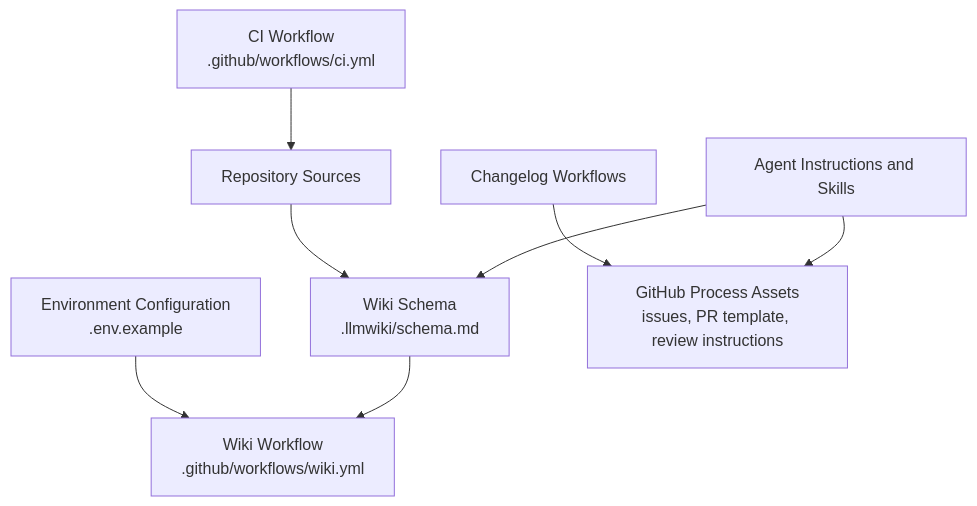
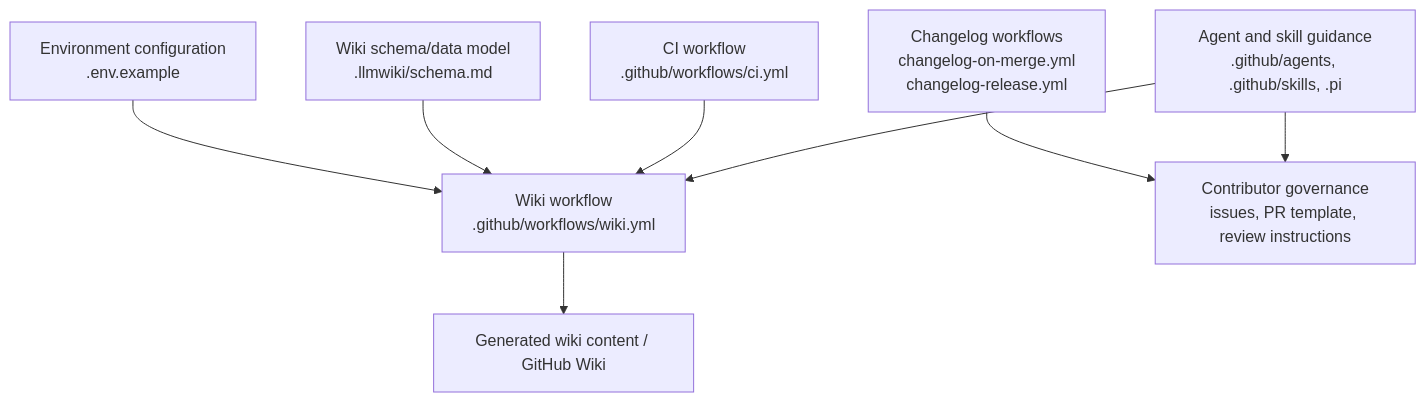
One commit to mfittko/repo-wiki changed the second of 4 diagrams in Architecture.md. Above: the diagram before and after it, drawn with Mermaid. The commit also changed other lines of this file and 46 other files, not shown here.

Commit message:
Compile repository wiki 2026-06-12T23:37:07.677Z

````diff
--- a/Architecture.md
+++ b/Architecture.md
@@ -133,19 +166,19 @@
 ```mermaid
 flowchart TD
-  SourceRepo["Repository Sources"]
-  Env["Environment Configuration<br/>.env.example"]
-  Schema["Wiki Schema<br/>.llmwiki/schema.md"]
-  WikiWorkflow["Wiki Workflow<br/>.github/workflows/wiki.yml"]
-  CIWorkflow["CI Workflow<br/>.github/workflows/ci.yml"]
-  ChangelogWorkflows["Changelog Workflows"]
-  GitHubProcess["GitHub Process Assets<br/>issues, PR template, review instructions"]
-  Agents["Agent Instructions and Skills"]
+  Config["Environment configuration<br/>.env.example"]
+  WikiWorkflow["Wiki workflow<br/>.github/workflows/wiki.yml"]
+  CIWorkflow["CI workflow<br/>.github/workflows/ci.yml"]
+  ChangelogWorkflows["Changelog workflows<br/>changelog-on-merge.yml<br/>changelog-release.yml"]
+  Schema["Wiki schema/data model<br/>.llmwiki/schema.md"]
+  Governance["Contributor governance<br/>issues, PR template, review instructions"]
+  Agents["Agent and skill guidance<br/>.github/agents, .github/skills, .pi"]
+  WikiOutput["Generated wiki content / GitHub Wiki"]
 
-  SourceRepo --> Schema
-  Env --> WikiWorkflow
+  Config --> WikiWorkflow
   Schema --> WikiWorkflow
-  CIWorkflow --> SourceRepo
-  ChangelogWorkflows --> GitHubProcess
-  Agents --> GitHubProcess
-  Agents --> Schema
+  WikiWorkflow --> WikiOutput
+  CIWorkflow --> WikiWorkflow
+  ChangelogWorkflows --> Governance
+  Agents --> Governance
+  Agents --> WikiWorkflow
 ```
````
